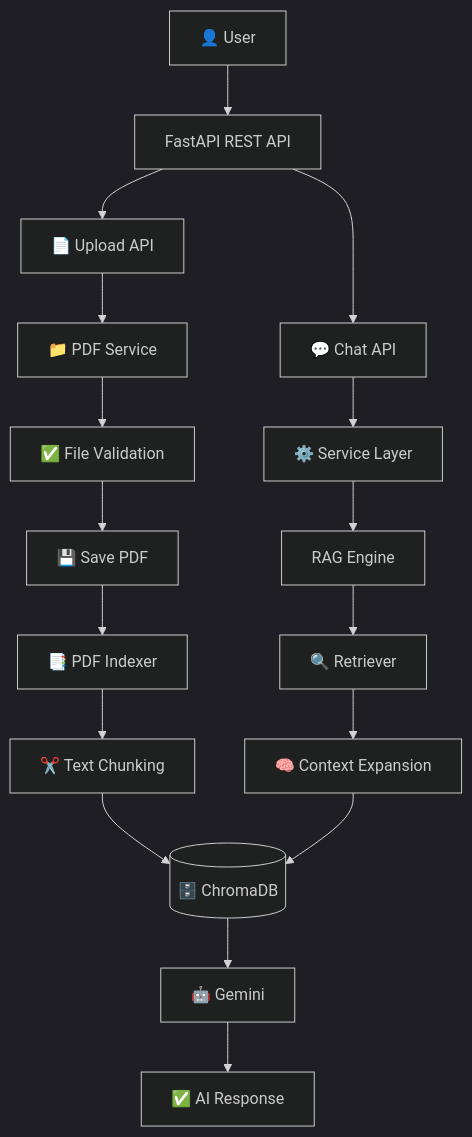
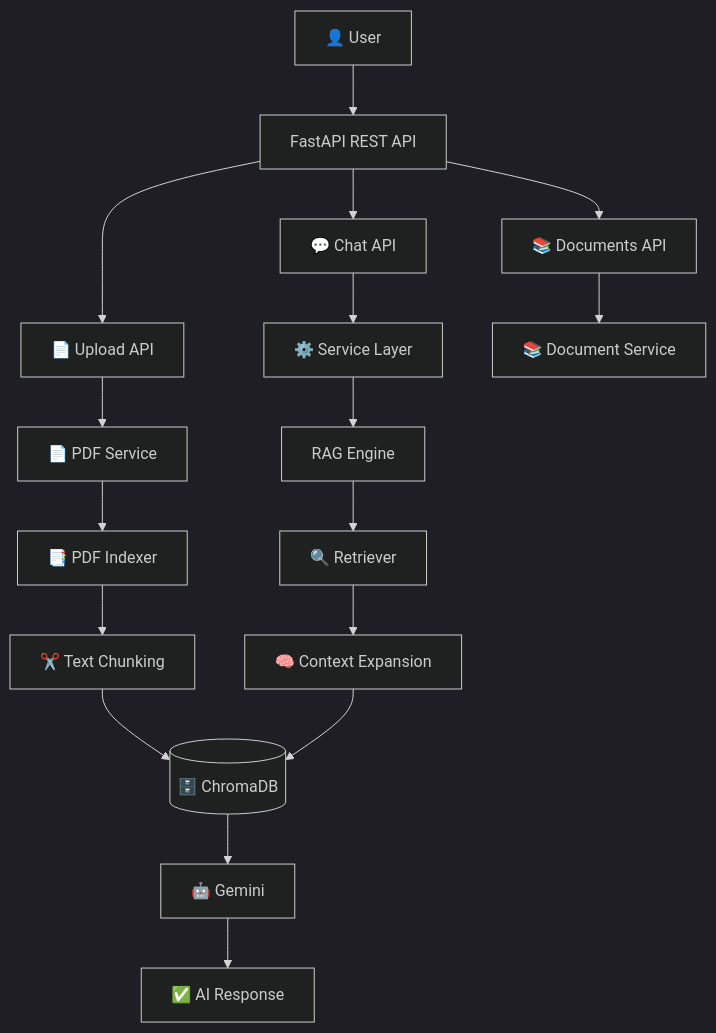
The diagram in README.md (harshmorepy/documind-ai), drawn with Mermaid (dark theme) before and after one commit. The commit also changed other lines of this file and 11 other files, not shown here.

Commit message:
feat(v0.8.0): implement document management API and document-aware RAG

````diff
--- a/README.md
+++ b/README.md
@@ -71,53 +69,57 @@
 ```mermaid
 flowchart TD
 
     User[👤 User]
 
     API[FastAPI REST API]
 
     Chat[💬 Chat API]
     Upload[📄 Upload API]
+    Documents[📚 Documents API]
 
     Service[⚙️ Service Layer]
 
-    UploadService[📁 PDF Service]
+    PDFService[📄 PDF Service]
+    DocumentService[📚 Document Service]
+
     RAG[RAG Engine]
 
-    Validation[✅ File Validation]
-    Storage[💾 Save PDF]
+    Retriever[🔍 Retriever]
     Indexer[📑 PDF Indexer]
 
     Chunker[✂️ Text Chunking]
 
-    Retriever[🔍 Retriever]
     Context[🧠 Context Expansion]
 
     Chroma[(🗄️ ChromaDB)]
 
     Gemini[🤖 Gemini]
 
     Answer[✅ AI Response]
 
     User --> API
 
     API --> Chat
     API --> Upload
+    API --> Documents
 
     Chat --> Service
-    Upload --> UploadService
+    Upload --> PDFService
+    Documents --> DocumentService
 
-    UploadService --> Validation
-    Validation --> Storage
-    Storage --> Indexer
+    PDFService --> Indexer
+
+    Service --> RAG
+
+    RAG --> Retriever
 
     Indexer --> Chunker
     Chunker --> Chroma
 
-    Service --> RAG
-    RAG --> Retriever
     Retriever --> Context
     Context --> Chroma
 
     Chroma --> Gemini
+
     Gemini --> Answer
 ```
````
